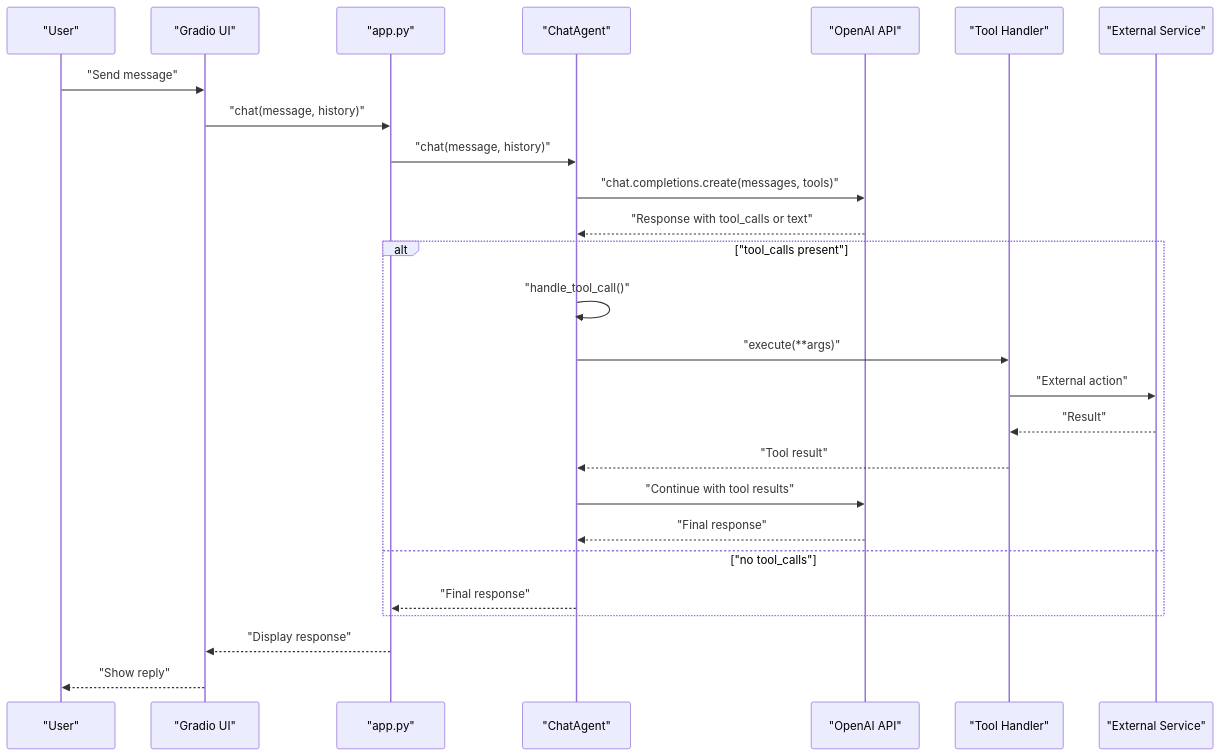
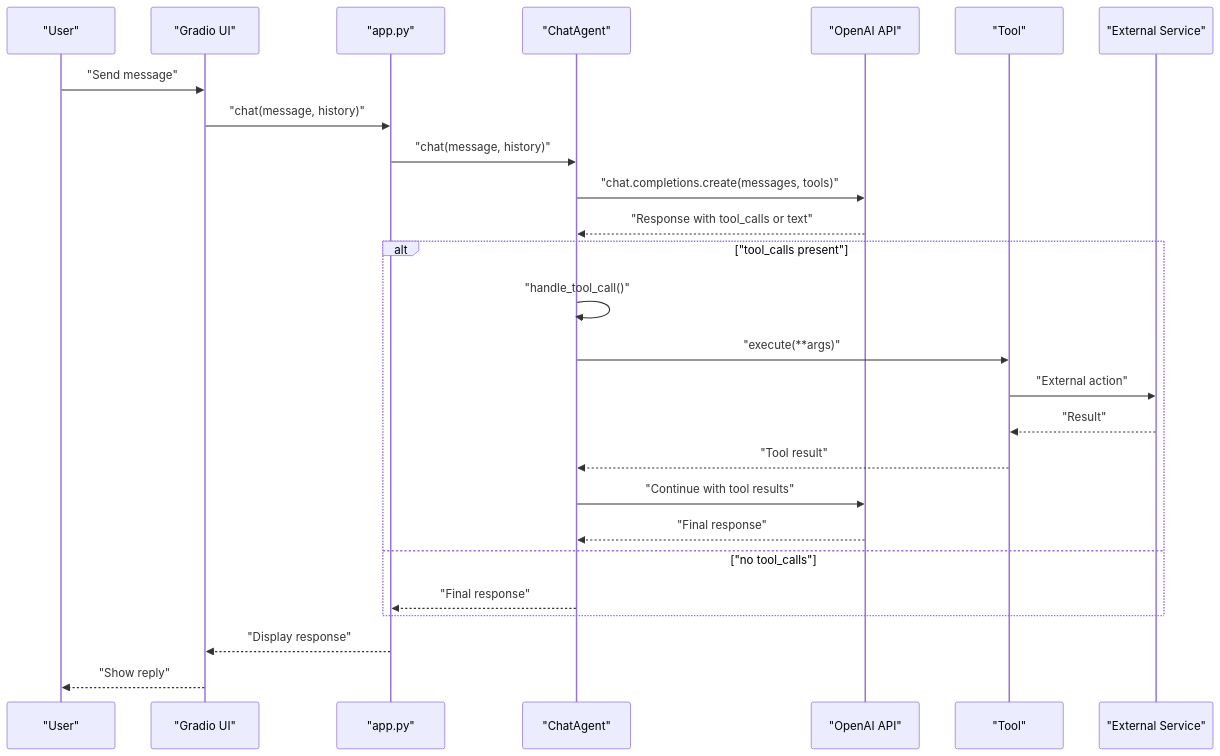
Before and after one commit to jessedatawiz/professional-alter-ego: the second of 4 diagrams in .qoder/repowiki/en/content/Development Guide/Development Guide.md, drawn with Mermaid. The commit also changed other lines of this file and 3 other files, not shown here.

````diff
--- a/.qoder/repowiki/en/content/Development Guide/Development Guide.md
+++ b/.qoder/repowiki/en/content/Development Guide/Development Guide.md
@@ -109,28 +122,28 @@
 ```mermaid
 sequenceDiagram
 participant User as "User"
 participant UI as "Gradio UI"
 participant App as "app.py"
 participant Agent as "ChatAgent"
 participant LLM as "OpenAI API"
-participant Tool as "Tool Handler"
+participant Tool as "Tool"
 participant Ext as "External Service"
 User->>UI : "Send message"
 UI->>App : "chat(message, history)"
 App->>Agent : "chat(message, history)"
 Agent->>LLM : "chat.completions.create(messages, tools)"
 LLM-->>Agent : "Response with tool_calls or text"
 alt "tool_calls present"
 Agent->>Agent : "handle_tool_call()"
 Agent->>Tool : "execute(**args)"
 Tool->>Ext : "External action"
 Ext-->>Tool : "Result"
 Tool-->>Agent : "Tool result"
 Agent->>LLM : "Continue with tool results"
 LLM-->>Agent : "Final response"
 else "no tool_calls"
 Agent-->>App : "Final response"
 end
 App-->>UI : "Display response"
 UI-->>User : "Show reply"
 ```
````
